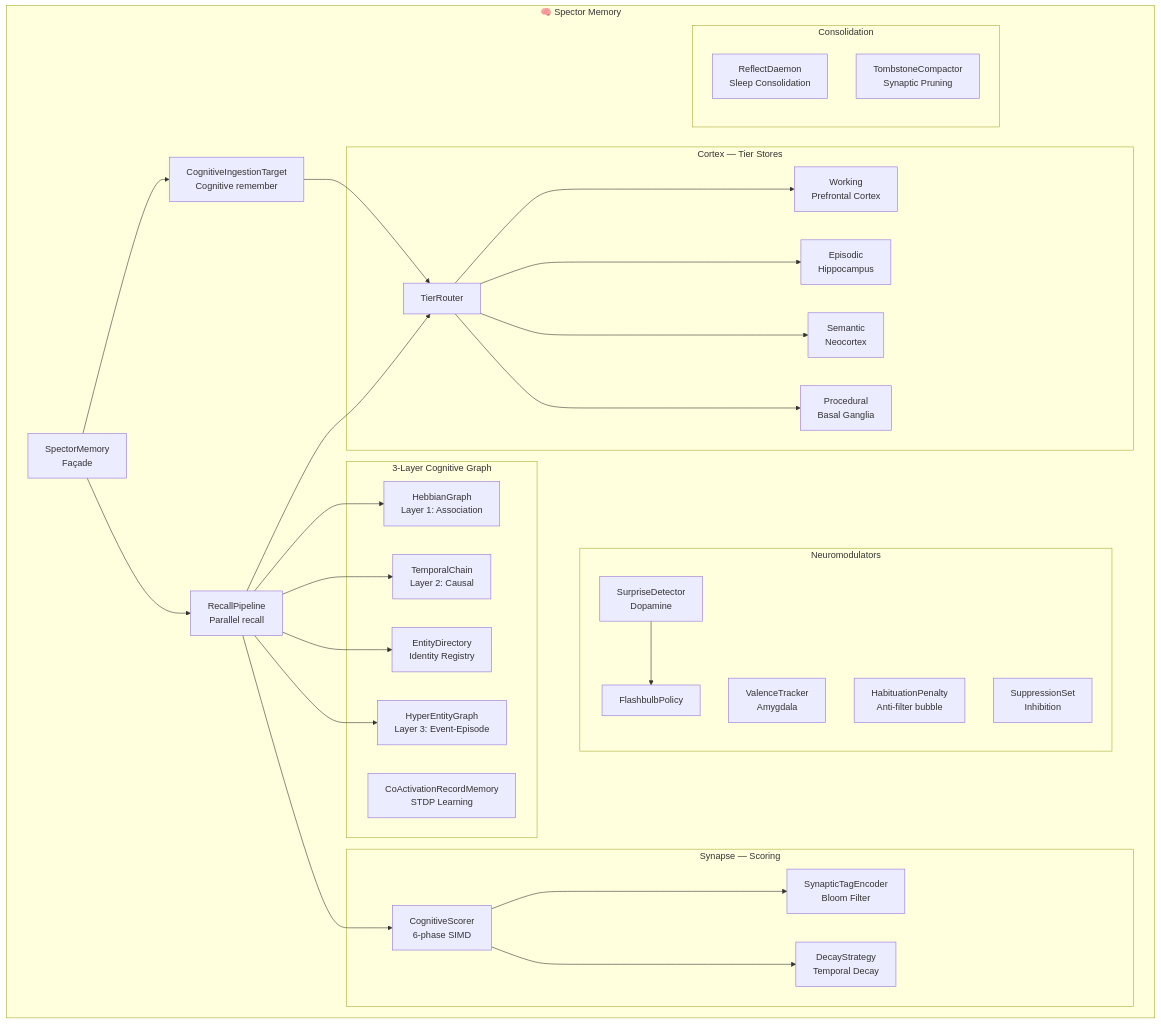
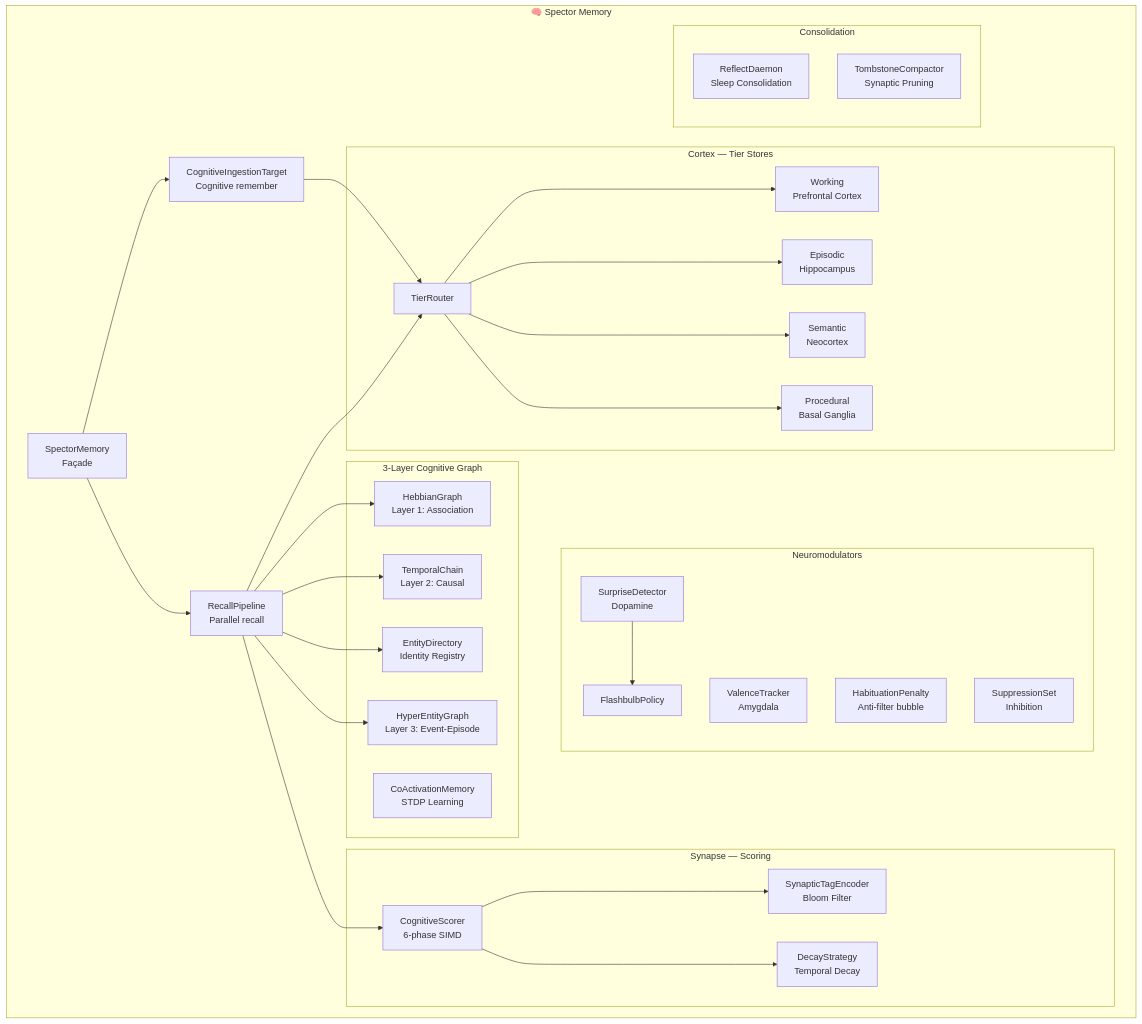
Before and after one commit to spectrayan/spector: the diagram in docs/docs/memory/index.md, drawn with Mermaid. The commit also changed 379 other files, not shown here.

First line of the commit message:
refactor(memory): unified engram encoding header architecture (ADR-0030) and header fork collapse (#750)

````diff
--- a/docs/docs/memory/index.md
+++ b/docs/docs/memory/index.md
@@ -67,47 +67,47 @@
 ```mermaid
 graph TB
     subgraph "🧠 Spector Memory"
         SM[SpectorMemory<br/>Façade]:::core --> CT[CognitiveIngestionTarget<br/>Cognitive remember]:::core
         SM --> RP[RecallPipeline<br/>Parallel recall]:::core
         
         subgraph "Cortex — Tier Stores"
             TR[TierRouter]:::core --> WM[Working<br/>Prefrontal Cortex]:::working
             TR --> EM[Episodic<br/>Hippocampus]:::episodic
             TR --> SE[Semantic<br/>Neocortex]:::semantic
             TR --> PR[Procedural<br/>Basal Ganglia]:::procedural
         end
         
         subgraph "Synapse — Scoring"
             CS[CognitiveScorer<br/>6-phase SIMD]:::synapse --> STE[SynapticTagEncoder<br/>Bloom Filter]:::synapse
             CS --> DS[DecayStrategy<br/>Temporal Decay]:::synapse
         end
         
         subgraph "Neuromodulators"
             SD[SurpriseDetector<br/>Dopamine]:::synapse --> FP[FlashbulbPolicy]:::synapse
             VT[ValenceTracker<br/>Amygdala]:::synapse
             HP[HabituationPenalty<br/>Anti-filter bubble]:::synapse
             SS[SuppressionSet<br/>Inhibition]:::synapse
         end
         
         subgraph "3-Layer Cognitive Graph"
             HG[HebbianGraph<br/>Layer 1: Association]:::core
             TC[TemporalChain<br/>Layer 2: Causal]:::core
             HEG[HyperEntityGraph<br/>Layer 3: Event-Episode]:::core
             ED[EntityDirectory<br/>Identity Registry]:::core
-            CA[CoActivationRecordMemory<br/>STDP Learning]:::core
+            CA[CoActivationMemory<br/>STDP Learning]:::core
         end
         
         subgraph "Consolidation"
             RD[ReflectDaemon<br/>Sleep Consolidation]:::core
             TCC[TombstoneCompactor<br/>Synaptic Pruning]:::core
         end
         
         CT --> TR
         RP --> CS
         RP --> TR
         RP --> HG
         RP --> TC
         RP --> ED
         RP --> HEG
     end
 ```
````
